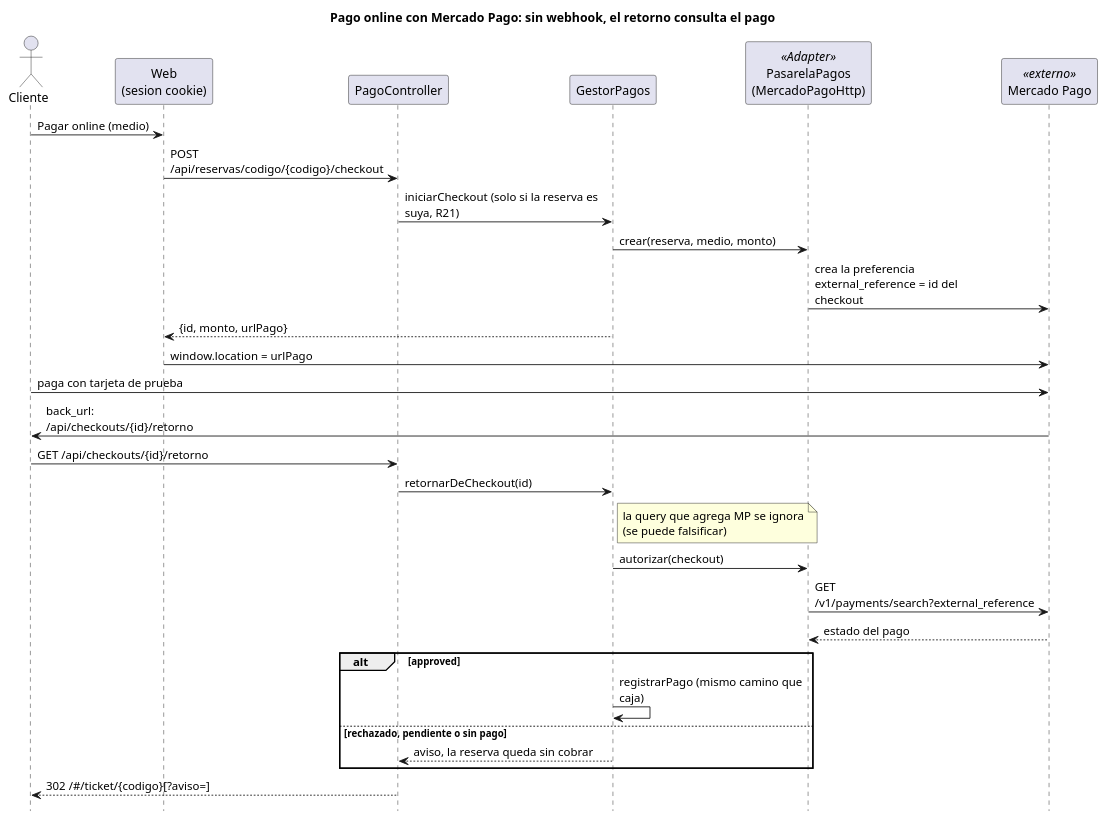
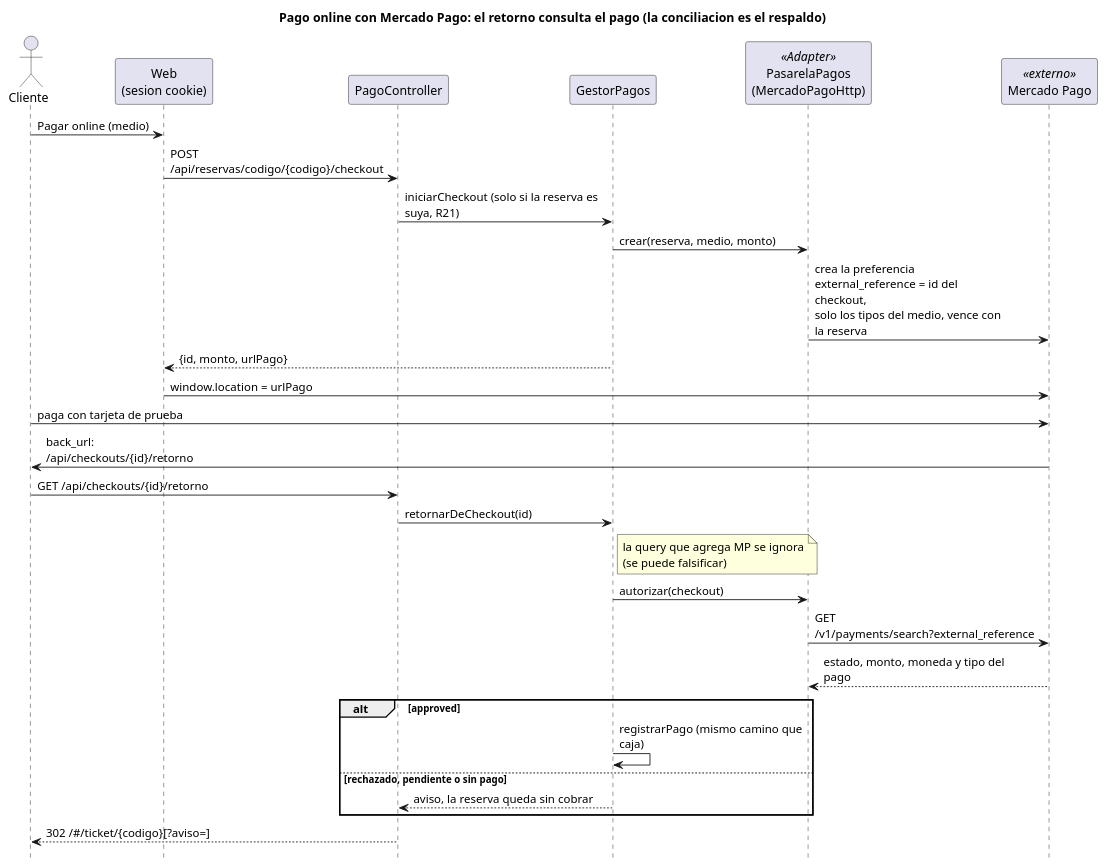
One commit to andreiveisuade/cine-uade changed the diagram in _other/docs/diagramas/pago-mercadopago.puml. Above: the diagram before and after it, drawn with PlantUML. The commit also changed 2 other files, not shown here.

Commit message:
docs(diagramas): conciliacion de pagos y retorno de mercado pago al dia

```diff
--- a/_other/docs/diagramas/pago-mercadopago.puml
+++ b/_other/docs/diagramas/pago-mercadopago.puml
@@ -1,40 +1,40 @@
 @startuml pago-mercadopago
-title Pago online con Mercado Pago: sin webhook, el retorno consulta el pago
+title Pago online con Mercado Pago: el retorno consulta el pago (la conciliacion es el respaldo)
 
 skinparam sequenceMessageAlign left
 skinparam maxMessageSize 220
 hide footbox
 
 actor Cliente
 participant "Web\n(sesion cookie)" as W
 participant "PagoController" as C
 participant "GestorPagos" as GP
 participant "PasarelaPagos\n(MercadoPagoHttp)" as PP <<Adapter>>
 participant "Mercado Pago" as MP <<externo>>
 
 Cliente -> W : Pagar online (medio)
 W -> C : POST /api/reservas/codigo/{codigo}/checkout
 C -> GP : iniciarCheckout (solo si la reserva es suya, R21)
 GP -> PP : crear(reserva, medio, monto)
-PP -> MP : crea la preferencia\nexternal_reference = id del checkout
+PP -> MP : crea la preferencia\nexternal_reference = id del checkout,\nsolo los tipos del medio, vence con la reserva
 GP --> W : {id, monto, urlPago}
 W -> MP : window.location = urlPago
 Cliente -> MP : paga con tarjeta de prueba
 
 MP -> Cliente : back_url: /api/checkouts/{id}/retorno
 Cliente -> C : GET /api/checkouts/{id}/retorno
 C -> GP : retornarDeCheckout(id)
 note right of GP
   la query que agrega MP se ignora
   (se puede falsificar)
 end note
 GP -> PP : autorizar(checkout)
 PP -> MP : GET /v1/payments/search?external_reference
-MP --> PP : estado del pago
+MP --> PP : estado, monto, moneda y tipo del pago
 alt approved
   GP -> GP : registrarPago (mismo camino que caja)
 else rechazado, pendiente o sin pago
   GP --> C : aviso, la reserva queda sin cobrar
 end
 C --> Cliente : 302 /#/ticket/{codigo}[?aviso=]
 @enduml
```
